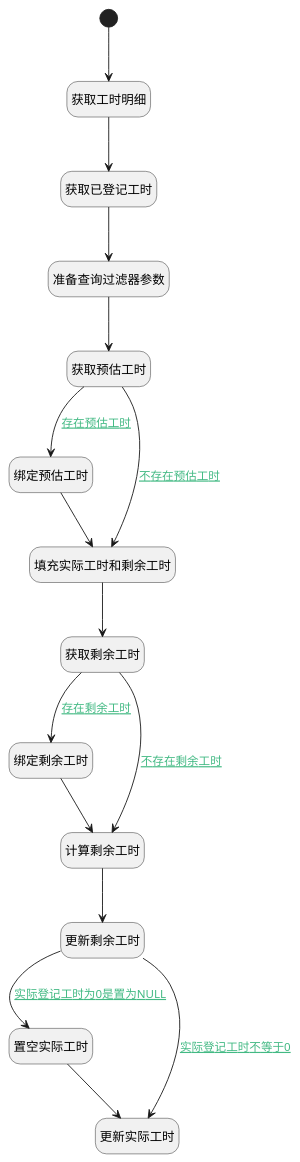
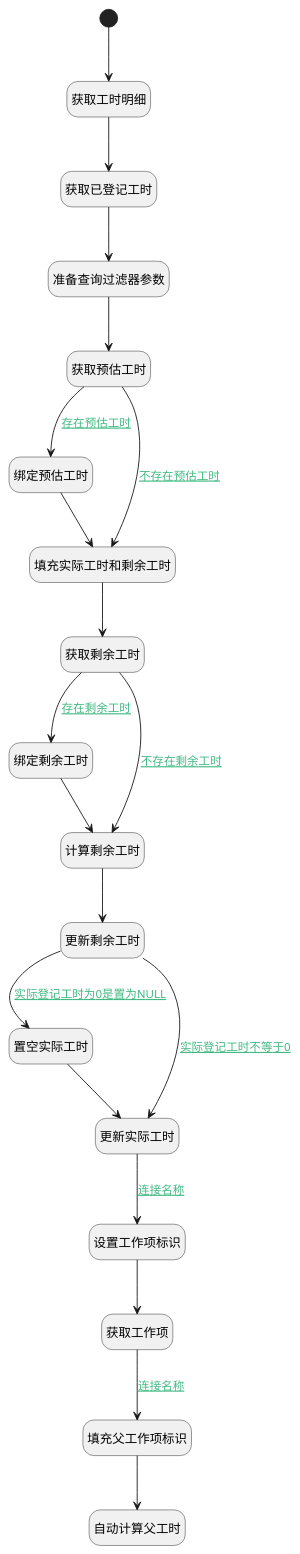
Before and after one commit to iBizLab/plm: the diagram in doc/docsify/module/Base/workload/logic/before_remove.md, drawn with PlantUML. The commit also changed other lines of this file and 862 other files, not shown here.

````diff
--- a/doc/docsify/module/Base/workload/logic/before_remove.md
+++ b/doc/docsify/module/Base/workload/logic/before_remove.md
@@ -7,44 +7,52 @@
 ```plantuml
 @startuml
 hide empty description
 <style>
 root {
   HyperlinkColor #42b983
 }
 </style>
 
 hide empty description
 state "开始" as Begin <<start>> [[$./before_remove#begin {"开始"}]]
 state "获取工时明细" as DEACTION1  [[$./before_remove#deaction1 {"获取工时明细"}]]
 state "获取已登记工时" as RAWSQLCALL2  [[$./before_remove#rawsqlcall2 {"获取已登记工时"}]]
 state "准备查询过滤器参数" as PREPAREPARAM1  [[$./before_remove#prepareparam1 {"准备查询过滤器参数"}]]
 state "获取预估工时" as DEDATASET1  [[$./before_remove#dedataset1 {"获取预估工时"}]]
 state "绑定预估工时" as BINDPARAM1  [[$./before_remove#bindparam1 {"绑定预估工时"}]]
 state "填充实际工时和剩余工时" as PREPAREPARAM2  [[$./before_remove#prepareparam2 {"填充实际工时和剩余工时"}]]
 state "获取剩余工时" as DEDATASET2  [[$./before_remove#dedataset2 {"获取剩余工时"}]]
 state "绑定剩余工时" as BINDPARAM2  [[$./before_remove#bindparam2 {"绑定剩余工时"}]]
 state "计算剩余工时" as RAWSFCODE1  [[$./before_remove#rawsfcode1 {"计算剩余工时"}]]
 state "更新剩余工时" as DEACTION2  [[$./before_remove#deaction2 {"更新剩余工时"}]]
 state "置空实际工时" as PREPAREPARAM3  [[$./before_remove#prepareparam3 {"置空实际工时"}]]
 state "更新实际工时" as DEACTION3  [[$./before_remove#deaction3 {"更新实际工时"}]]
+state "设置工作项标识" as PREPAREPARAM4  [[$./before_remove#prepareparam4 {"设置工作项标识"}]]
+state "获取工作项" as DEACTION4  [[$./before_remove#deaction4 {"获取工作项"}]]
+state "填充父工作项标识" as PREPAREPARAM5  [[$./before_remove#prepareparam5 {"填充父工作项标识"}]]
+state "自动计算父工时" as DELOGIC1  [[$./before_remove#delogic1 {"自动计算父工时"}]]
 
 
 Begin --> DEACTION1
 DEACTION1 --> RAWSQLCALL2
 RAWSQLCALL2 --> PREPAREPARAM1
 PREPAREPARAM1 --> DEDATASET1
 DEDATASET1 --> PREPAREPARAM2 : [[$./before_remove#dedataset1-prepareparam2{不存在预估工时} 不存在预估工时]]
 PREPAREPARAM2 --> DEDATASET2
 DEDATASET2 --> BINDPARAM2 : [[$./before_remove#dedataset2-bindparam2{存在剩余工时} 存在剩余工时]]
 BINDPARAM2 --> RAWSFCODE1
 RAWSFCODE1 --> DEACTION2
 DEACTION2 --> PREPAREPARAM3 : [[$./before_remove#deaction2-prepareparam3{实际登记工时为0是置为NULL} 实际登记工时为0是置为NULL]]
 PREPAREPARAM3 --> DEACTION3
+DEACTION3 --> PREPAREPARAM4 : [[$./before_remove#deaction3-prepareparam4{连接名称} 连接名称]]
+PREPAREPARAM4 --> DEACTION4
+DEACTION4 --> PREPAREPARAM5 : [[$./before_remove#deaction4-prepareparam5{连接名称} 连接名称]]
+PREPAREPARAM5 --> DELOGIC1
 DEACTION2 --> DEACTION3 : [[$./before_remove#deaction2-deaction3{实际登记工时不等于0} 实际登记工时不等于0]]
 DEDATASET2 --> RAWSFCODE1 : [[$./before_remove#dedataset2-rawsfcode1{不存在剩余工时} 不存在剩余工时]]
 DEDATASET1 --> BINDPARAM1 : [[$./before_remove#dedataset1-bindparam1{存在预估工时} 存在预估工时]]
 BINDPARAM1 --> PREPAREPARAM2
 
 
 @enduml
 ```
````
